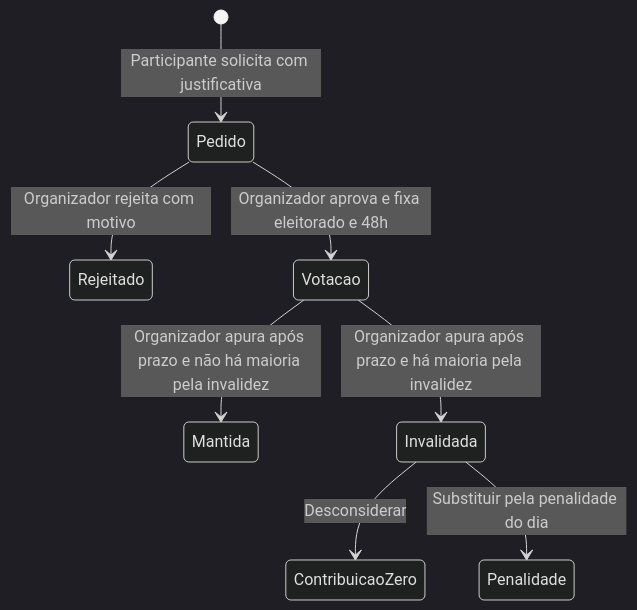
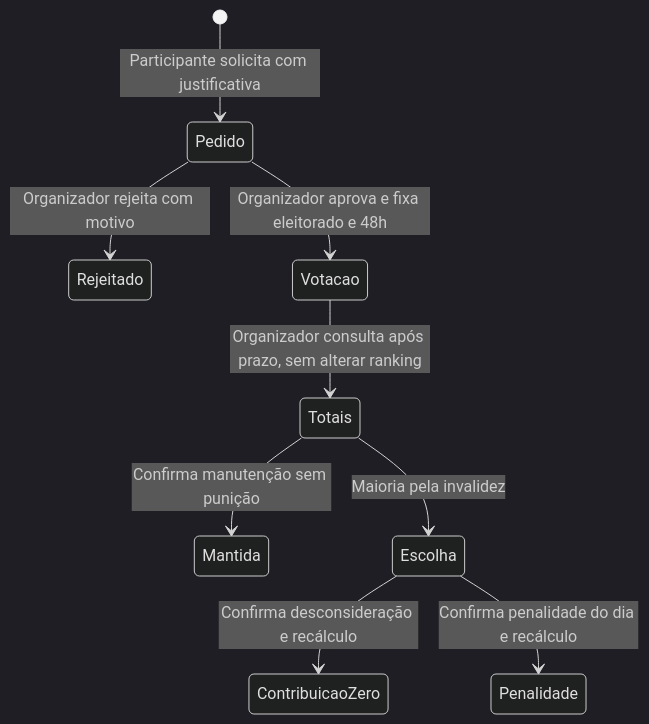
One commit to martinBernas/Projeto-Integrado changed the first of 2 diagrams in docs/diagramas/auditoria-votacao.md. Above: the diagram before and after it, drawn with Mermaid (dark theme). The commit also changed other lines of this file and 15 other files, not shown here.

````diff
--- a/docs/diagramas/auditoria-votacao.md
+++ b/docs/diagramas/auditoria-votacao.md
@@ -5,10 +5,11 @@
 ```mermaid
 stateDiagram-v2
     [*] --> Pedido: Participante solicita com justificativa
     Pedido --> Rejeitado: Organizador rejeita com motivo
     Pedido --> Votacao: Organizador aprova e fixa eleitorado e 48h
-    Votacao --> Mantida: Organizador apura após prazo e não há maioria pela invalidez
-    Votacao --> Invalidada: Organizador apura após prazo e há maioria pela invalidez
-    Invalidada --> ContribuicaoZero: Desconsiderar
-    Invalidada --> Penalidade: Substituir pela penalidade do dia
+    Votacao --> Totais: Organizador consulta após prazo, sem alterar ranking
+    Totais --> Mantida: Confirma manutenção sem punição
+    Totais --> Escolha: Maioria pela invalidez
+    Escolha --> ContribuicaoZero: Confirma desconsideração e recálculo
+    Escolha --> Penalidade: Confirma penalidade do dia e recálculo
 ```
````
